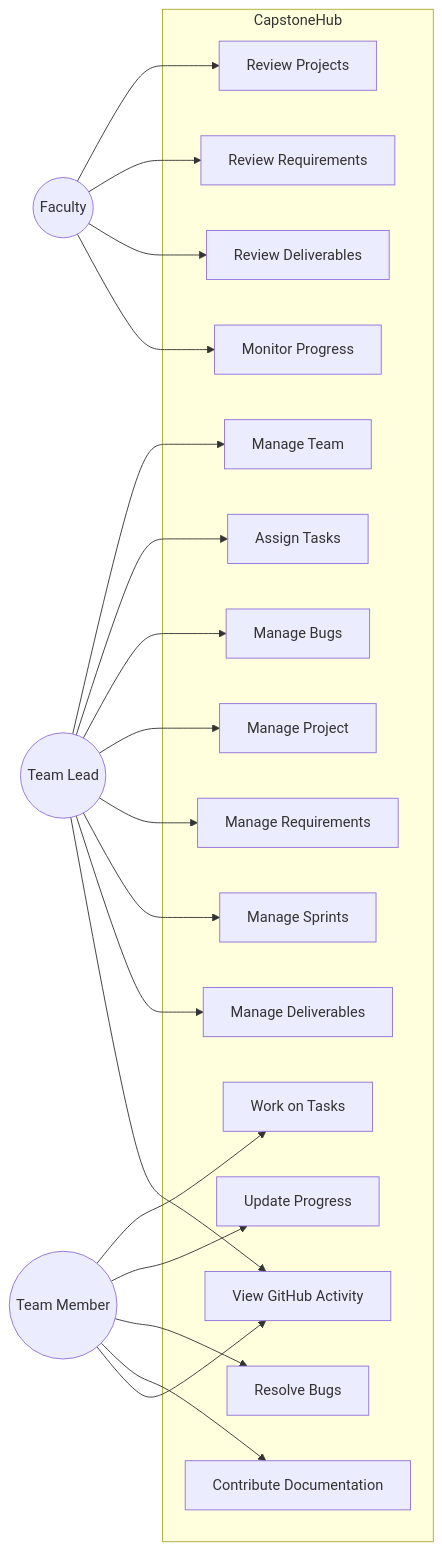
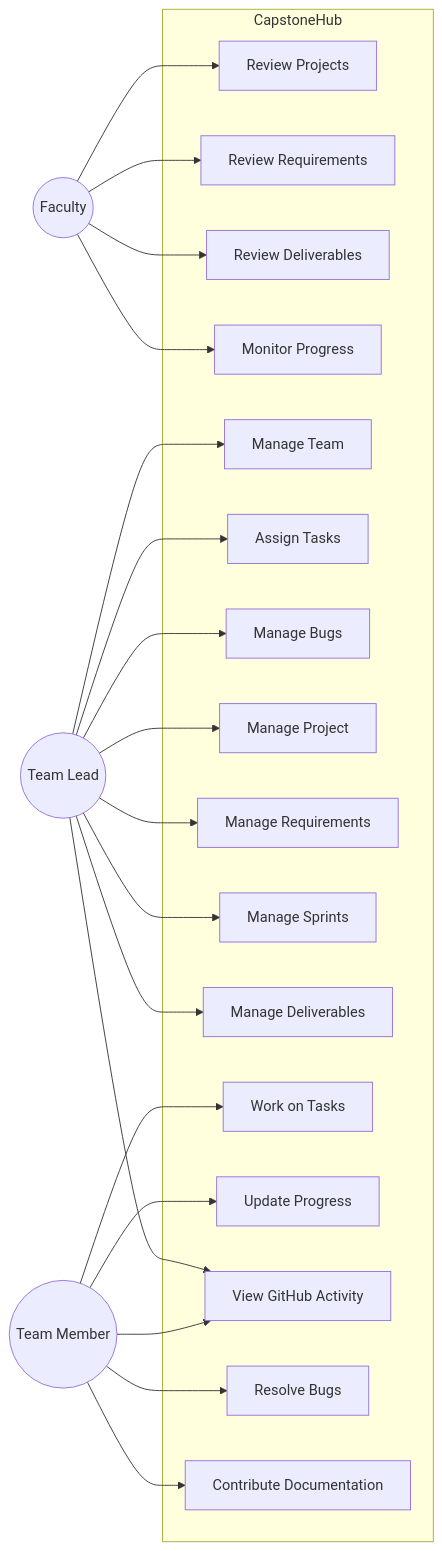
The first of 6 diagrams in README.md (Harshgg1/capstone-hub), drawn with Mermaid before and after one commit. The commit also changed other lines of this file and 1 other file, not shown here.

Commit message:
fix url diagrams

````diff
--- a/README.md
+++ b/README.md
@@ -133,48 +133,48 @@
 ```mermaid
 flowchart LR
     Faculty((Faculty))
     Lead((Team Lead))
     Member((Team Member))
 
     subgraph CapstoneHub
         UC1[Review Projects]
         UC2[Review Requirements]
         UC3[Review Deliverables]
         UC4[Monitor Progress]
 
         UC5[Manage Team]
         UC6[Assign Tasks]
         UC7[Manage Bugs]
         UC8[Manage Project]
+        UC13[Manage Requirements]
+        UC14[Manage Sprints]
+        UC15[Manage Deliverables]
 
         UC9[Work on Tasks]
         UC10[Update Progress]
+        UC16[View GitHub Activity]
         UC11[Resolve Bugs]
         UC12[Contribute Documentation]
-
-        UC13[Manage Requirements]
-        UC14[Manage Sprints]
-        UC15[Manage Deliverables]
-        UC16[View GitHub Activity]
     end
 
     Faculty --> UC1
     Faculty --> UC2
     Faculty --> UC3
     Faculty --> UC4
 
     Lead --> UC5
     Lead --> UC6
     Lead --> UC7
     Lead --> UC8
     Lead --> UC13
     Lead --> UC14
     Lead --> UC15
     Lead --> UC16
 
     Member --> UC9
     Member --> UC10
+    Member --> UC16
     Member --> UC11
     Member --> UC12
-    Member --> UC16
+
 ```
````
